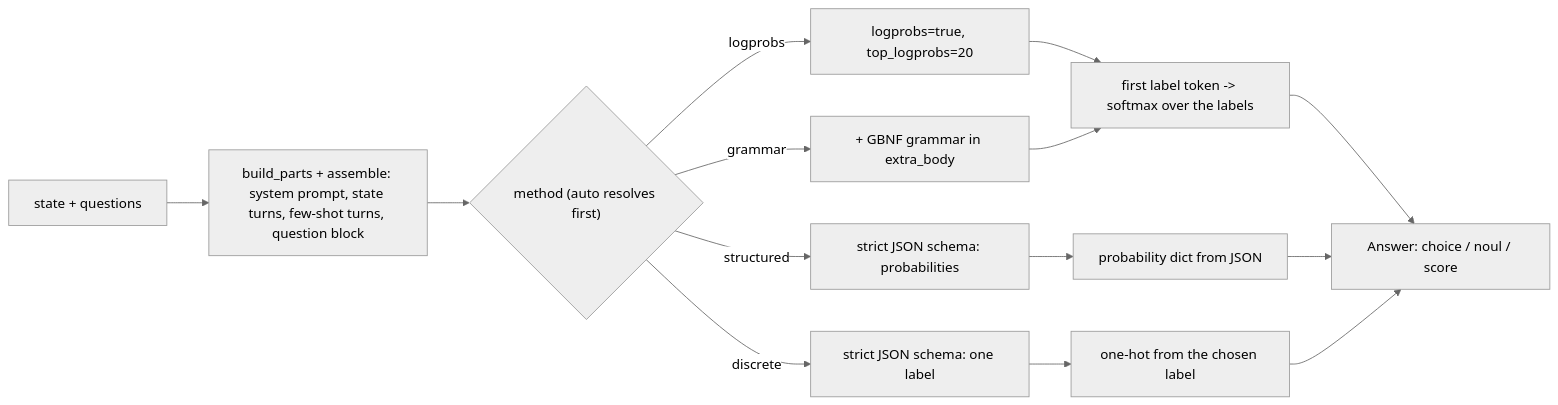
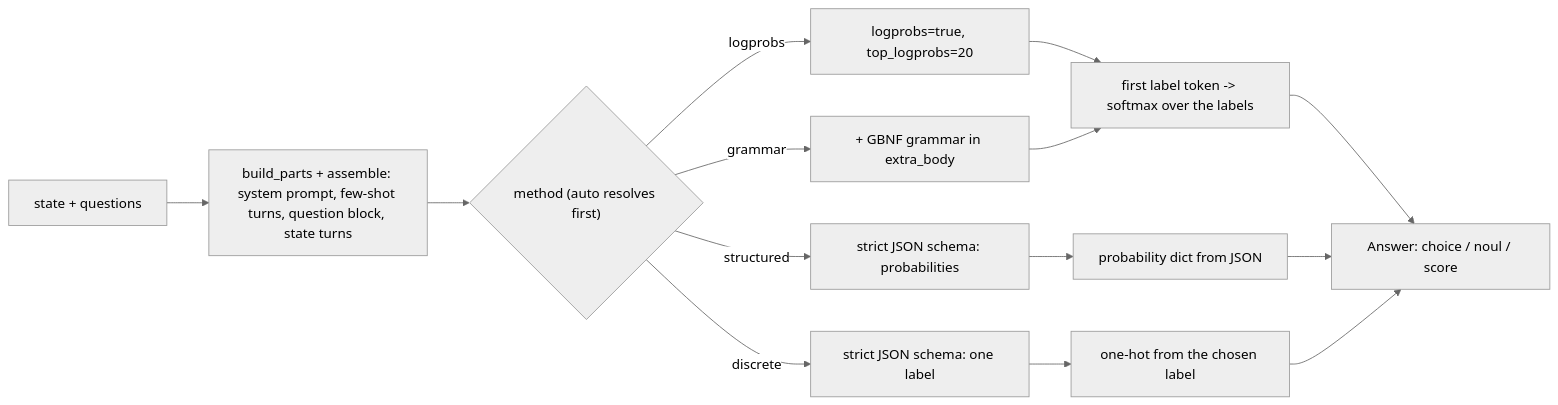
The diagram in README.md (zhulinchng/jevper), drawn with Mermaid (neutral theme) before and after one commit. The commit also changed other lines of this file and 23 other files, not shown here.

````diff
--- a/README.md
+++ b/README.md
@@ -61,16 +61,16 @@
 ```mermaid
 flowchart LR
-    A["state + questions"] --> B["build_parts + assemble: system prompt, state turns, few-shot turns, question block"]
+    A["state + questions"] --> B["build_parts + assemble: system prompt, few-shot turns, question block, state turns"]
     B --> C{"method (auto resolves first)"}
     C -->|logprobs| D["logprobs=true, top_logprobs=20"]
     C -->|grammar| E["+ GBNF grammar in extra_body"]
     C -->|structured| F["strict JSON schema: probabilities"]
     C -->|discrete| G["strict JSON schema: one label"]
     D --> H["first label token -> softmax over the labels"]
     E --> H
     F --> I["probability dict from JSON"]
     G --> J["one-hot from the chosen label"]
     H --> K["Answer: choice / noul / score"]
     I --> K
     J --> K
 ```
````
